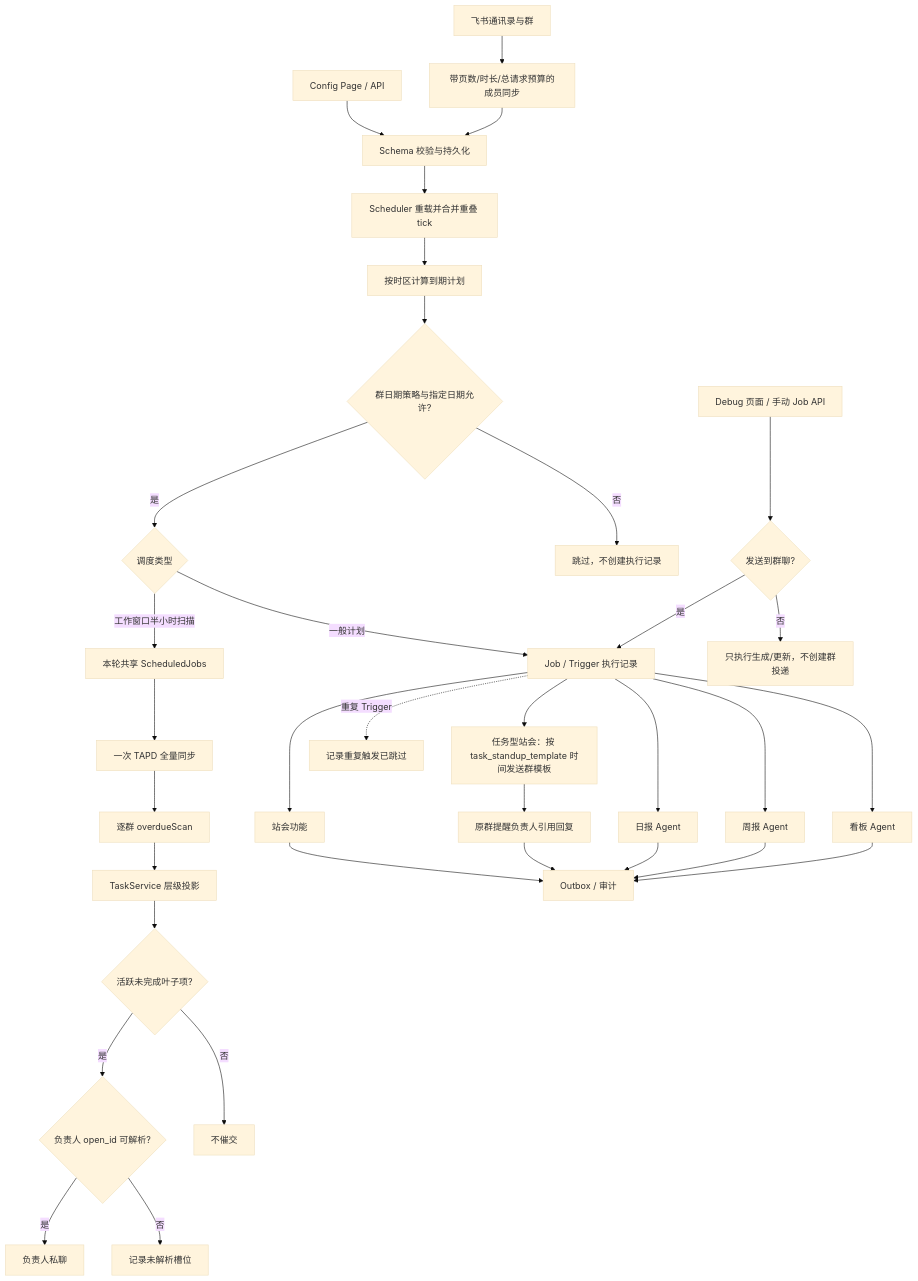
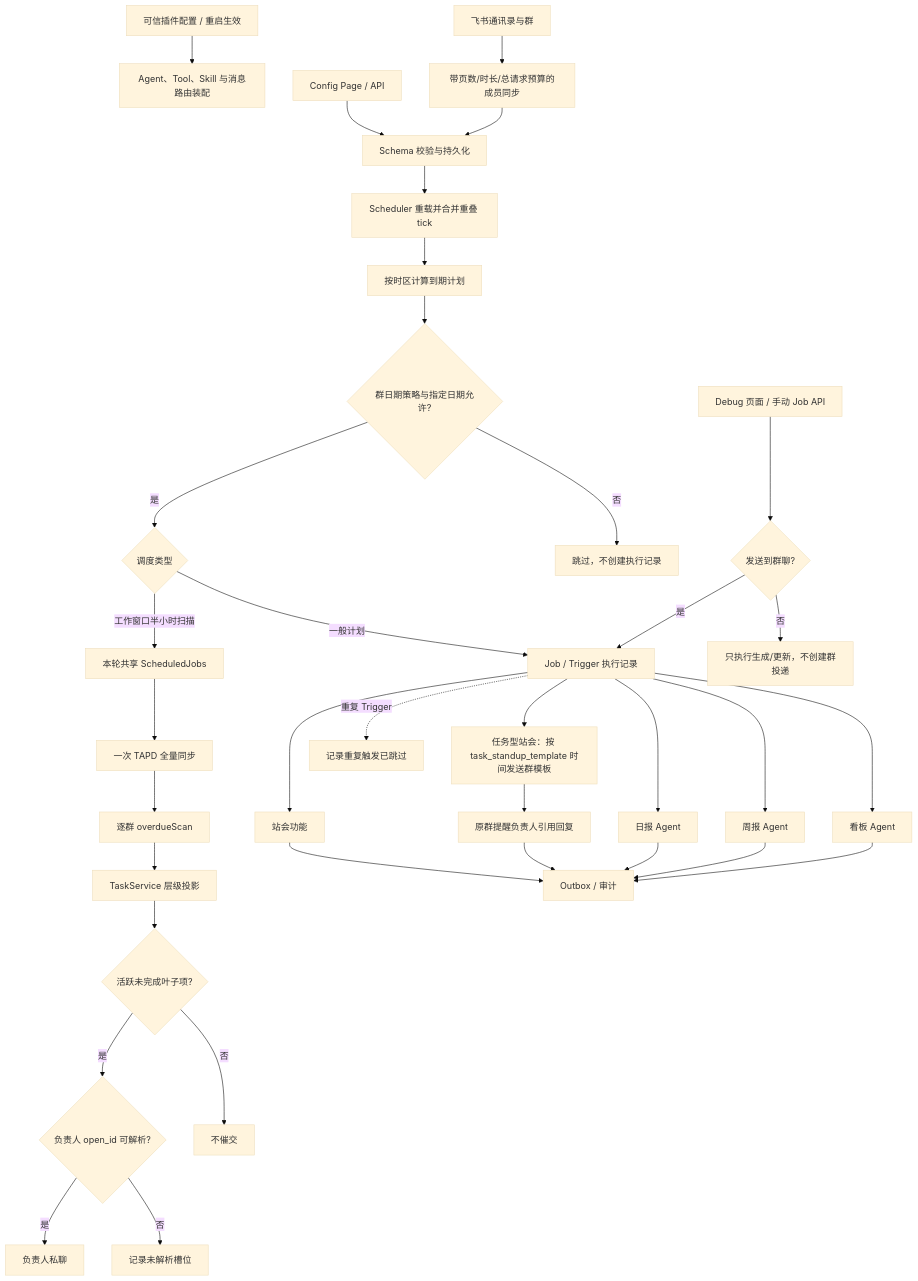
The diagram in backend/src/core/configuration-scheduling/FEATURE.md (KlayPeter/AI-Delivery-Ops-Agent), drawn with Mermaid (base theme) before and after one commit. The commit also changed other lines of this file and 39 other files, not shown here.

````diff
--- a/backend/src/core/configuration-scheduling/FEATURE.md
+++ b/backend/src/core/configuration-scheduling/FEATURE.md
@@ -21,36 +21,37 @@
 ```mermaid
 flowchart TD
+    PC["可信插件配置 / 重启生效"] --> PH["Agent、Tool、Skill 与消息路由装配"]
     A["Config Page / API"] --> B["Schema 校验与持久化"]
     C["飞书通讯录与群"] --> D["带页数/时长/总请求预算的成员同步"]
     D --> B
     B --> E["Scheduler 重载并合并重叠 tick"]
     E --> F["按时区计算到期计划"]
     F --> HC{"群日期策略与指定日期允许?"}
     HC -- "是" --> L{"调度类型"}
     HC -- "否" --> HS["跳过，不创建执行记录"]
     L -- "一般计划" --> G["Job / Trigger 执行记录"]
     L -- "工作窗口半小时扫描" --> S["本轮共享 ScheduledJobs"]
     S --> T["一次 TAPD 全量同步"]
     T --> M["逐群 overdueScan"]
     M --> P["TaskService 层级投影"]
     P --> Q{"活跃未完成叶子项?"}
     Q -- "是" --> V{"负责人 open_id 可解析?"}
     Q -- "否" --> R["不催交"]
     V -- "是" --> N["负责人私聊"]
     V -- "否" --> U["记录未解析槽位"]
     G --> H["站会功能"]
     G --> I["日报 Agent"]
     G --> W["周报 Agent"]
     G --> J["看板 Agent"]
     D2["Debug 页面 / 手动 Job API"] --> G2{"发送到群聊?"}
     G2 -- "是" --> G
     G2 -- "否" --> U2["只执行生成/更新，不创建群投递"]
     H --> K["Outbox / 审计"]
     G --> TS["任务型站会：按 task_standup_template 时间发送群模板"]
     TS --> TR["原群提醒负责人引用回复"]
     TR --> K
     I --> K
     W --> K
     J --> K
     G -. "重复 Trigger" .-> X["记录重复触发已跳过"]
 ```
````
